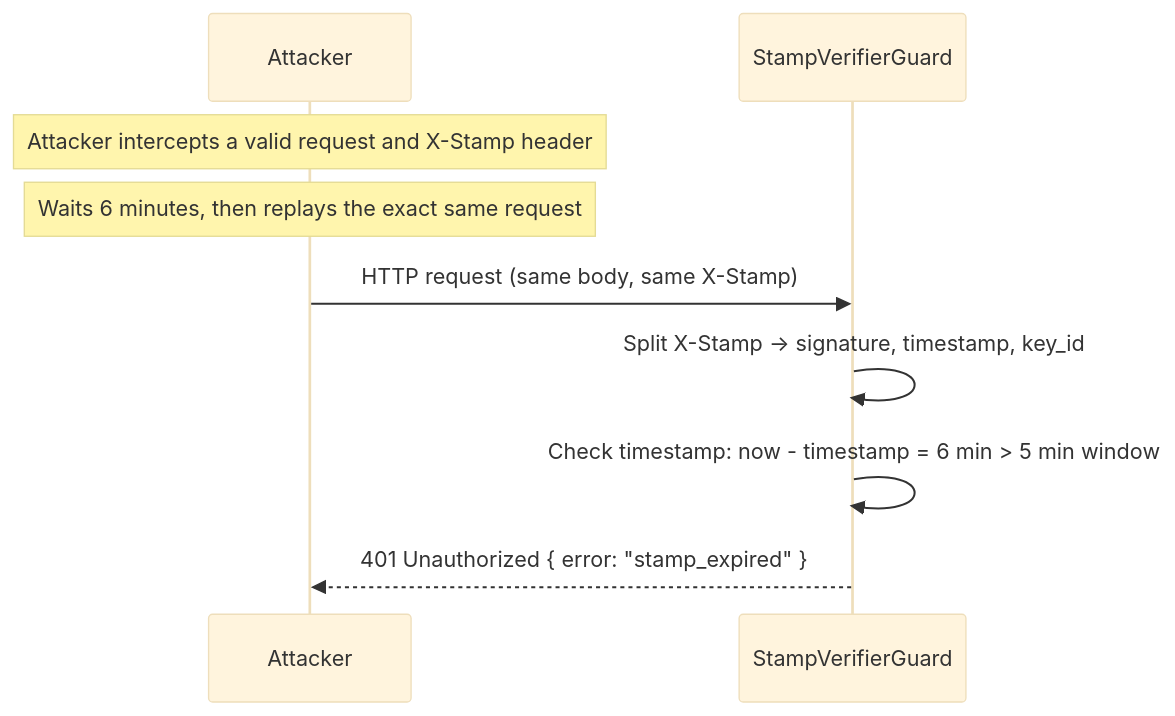
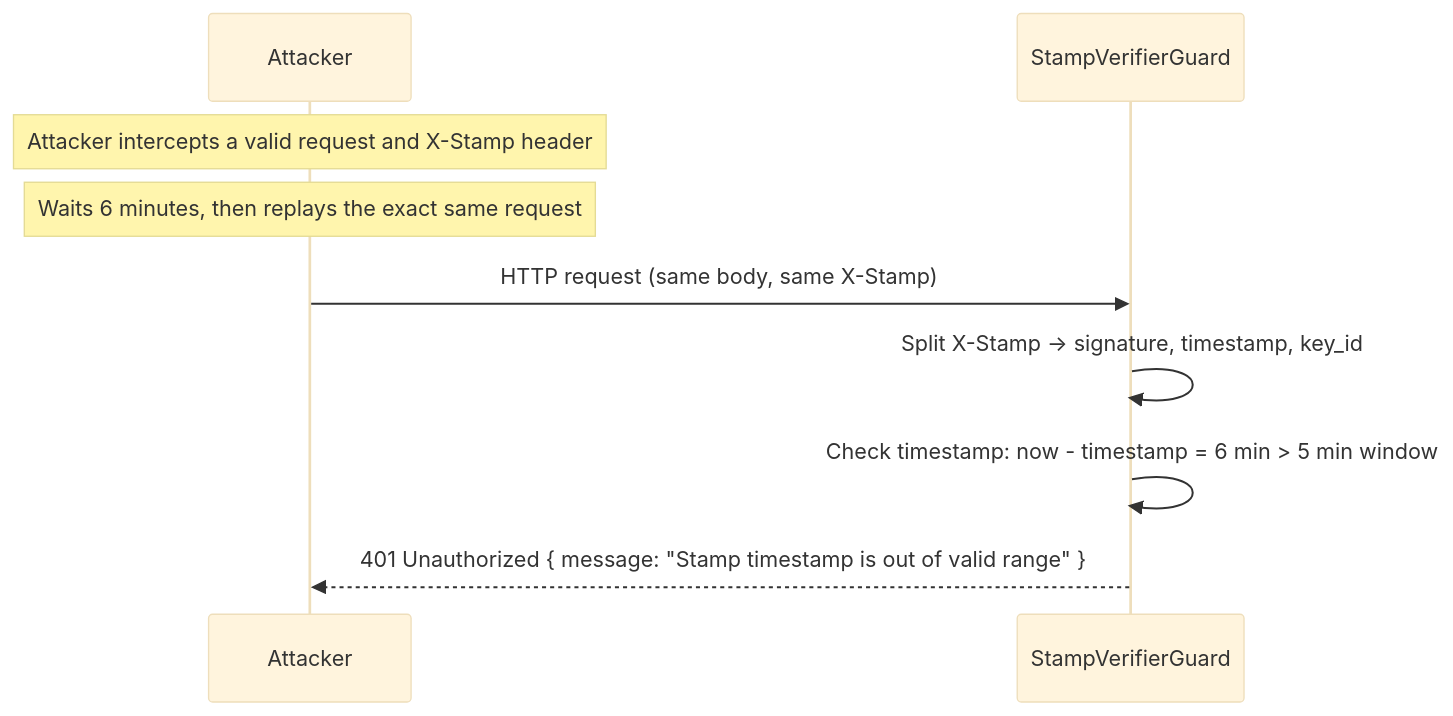
The third of 4 diagrams in docs/STAMP_AUTH.md (sg-milad/BrokeTurnkey), drawn with Mermaid (base theme) before and after one commit. The commit also changed other lines of this file and 11 other files, not shown here.

````diff
--- a/docs/STAMP_AUTH.md
+++ b/docs/STAMP_AUTH.md
@@ -238,13 +238,13 @@
 ```mermaid
 sequenceDiagram
     participant Attacker as Attacker
     participant Guard as StampVerifierGuard
 
     note over Attacker: Attacker intercepts a valid request and X-Stamp header
     note over Attacker: Waits 6 minutes, then replays the exact same request
 
     Attacker->>Guard: HTTP request (same body, same X-Stamp)
     Guard->>Guard: Split X-Stamp → signature, timestamp, key_id
     Guard->>Guard: Check timestamp: now - timestamp = 6 min > 5 min window
-    Guard-->>Attacker: 401 Unauthorized { error: "stamp_expired" }
+    Guard-->>Attacker: 401 Unauthorized { message: "Stamp timestamp is out of valid range" }
 ```
````
